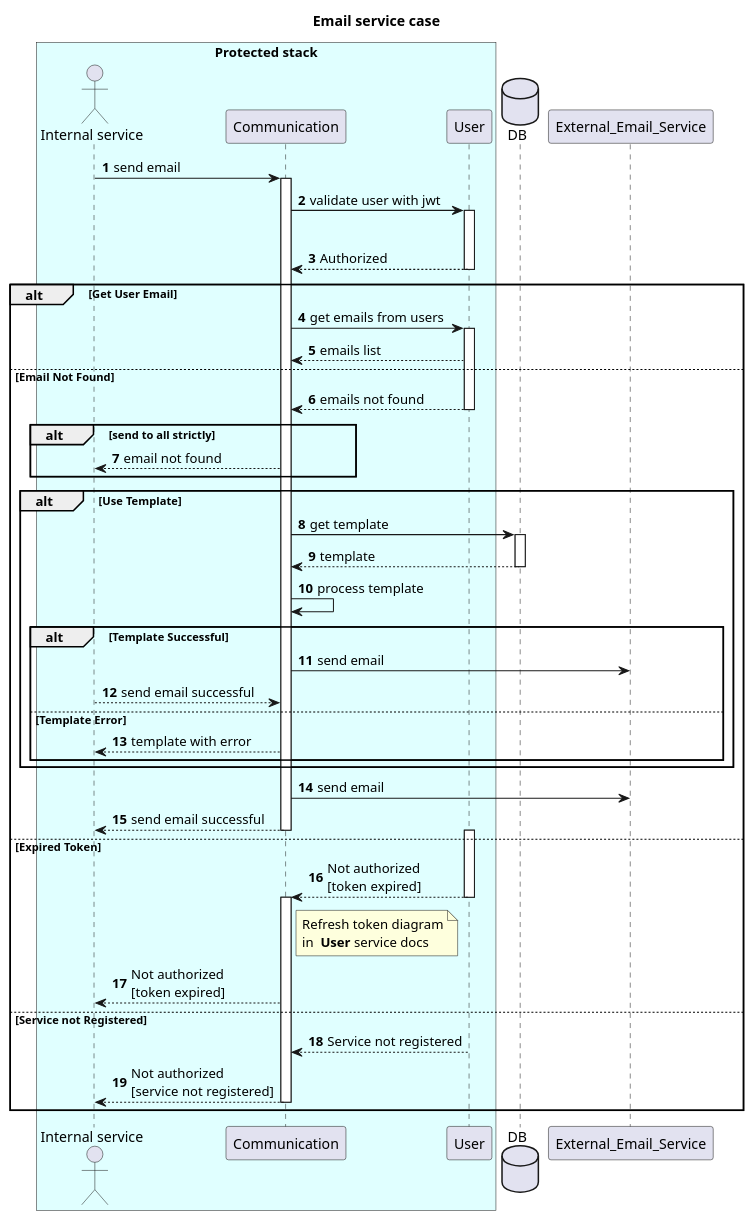
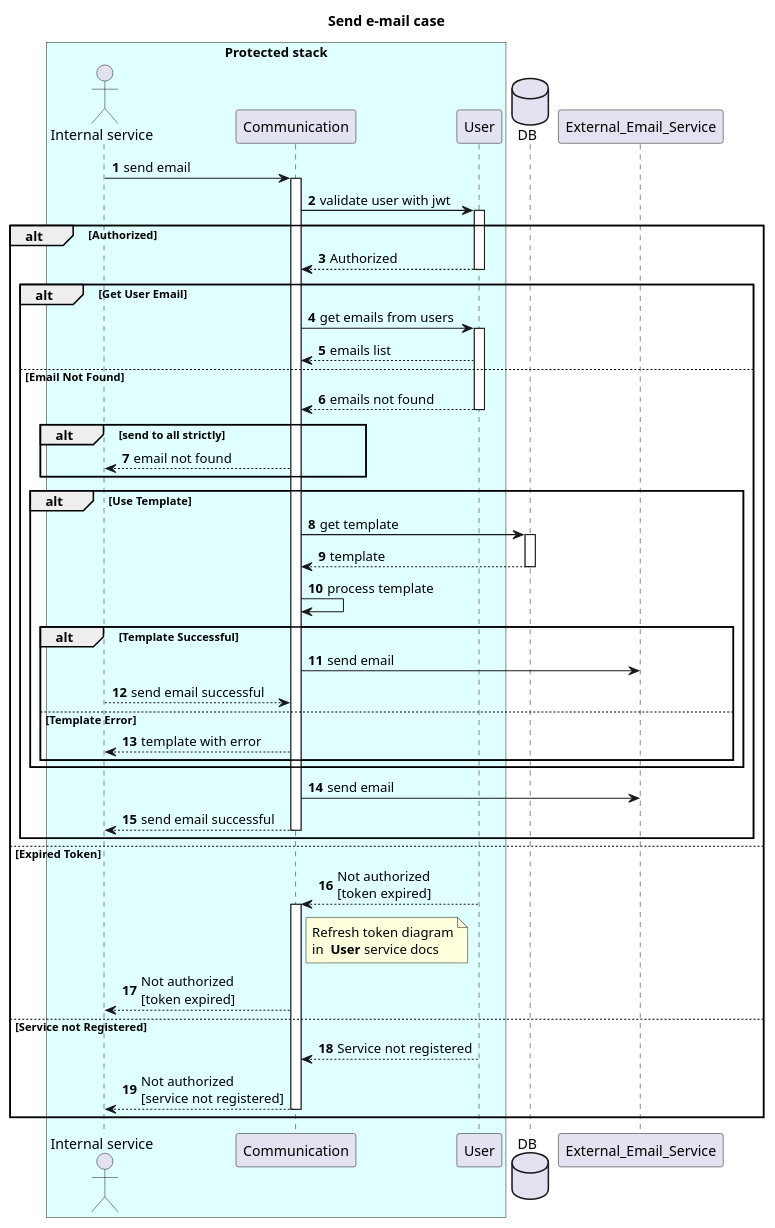
Before and after one commit to orion-services/talk-old: the diagram in docs/create-email.wsd, drawn with PlantUML.

Commit message:
#6 change title and adjuste authorized alt, adjust general indentation

```diff
--- a/docs/create-email.wsd
+++ b/docs/create-email.wsd
@@ -1,64 +1,65 @@
 @startuml
 autonumber
-title "Email service case"
+title "Send e-mail case"
 
 box "Protected stack" #LightCyan
 
 actor "Internal service" as client
 participant Communication
 participant User
 end box
 database DB
 participant External_Email_Service
 
 
 client -> Communication: send email
 activate Communication
 Communication -> User: validate user with jwt
 activate User
 alt Authorized
   User --> Communication: Authorized
   deactivate User
   alt Get User Email
     Communication -> User: get emails from users
     activate User
     User --> Communication: emails list
   else Email Not Found
     User --> Communication: emails not found
     alt send to all strictly
       deactivate User
 
       Communication --> client: email not found
-  end
-  alt Use Template
-       Communication -> DB : get template
+    end
+    alt Use Template
+      Communication -> DB : get template
       activate DB
-      DB --> Communication : template 
+      DB --> Communication : template
       deactivate DB
       Communication -> Communication : process template
-    alt Template Successful
-      Communication -> External_Email_Service : send email
-      Communication <-- client : send email successful
-    else Template Error
-      Communication --> client : template with error
+      alt Template Successful
+        Communication -> External_Email_Service : send email
+        Communication <-- client : send email successful
+      else Template Error
+        Communication --> client : template with error
+      end
     end
+    Communication -> External_Email_Service : send email
+    Communication --> client : send email successful
+    deactivate Communication
   end
-  Communication -> External_Email_Service : send email
-  Communication --> client : send email successful
-  deactivate Communication
 else Expired Token
   activate User
   User --> Communication : Not authorized \n[token expired]
   deactivate User
   activate Communication
   note right of Communication
     Refresh token diagram
     in  **User** service docs
   end note
   Communication --> client : Not authorized \n[token expired]
 else Service not Registered
   User --> Communication : Service not registered
   Communication --> client : Not authorized \n[service not registered]
   deactivate Communication
 end
 @enduml
```
